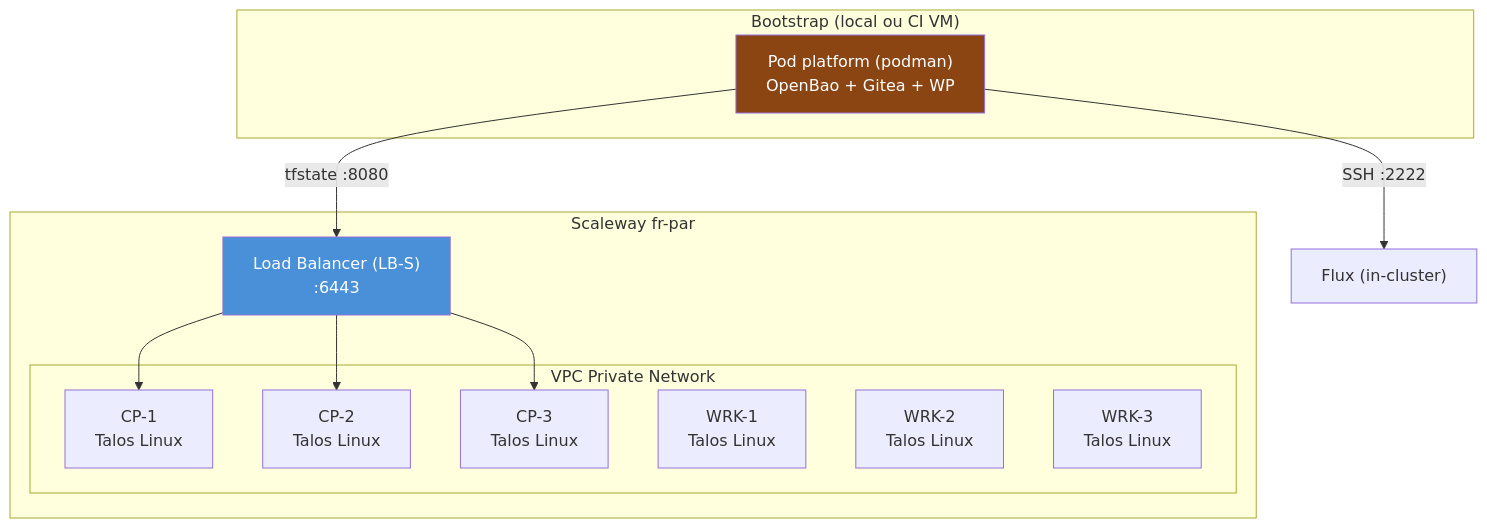
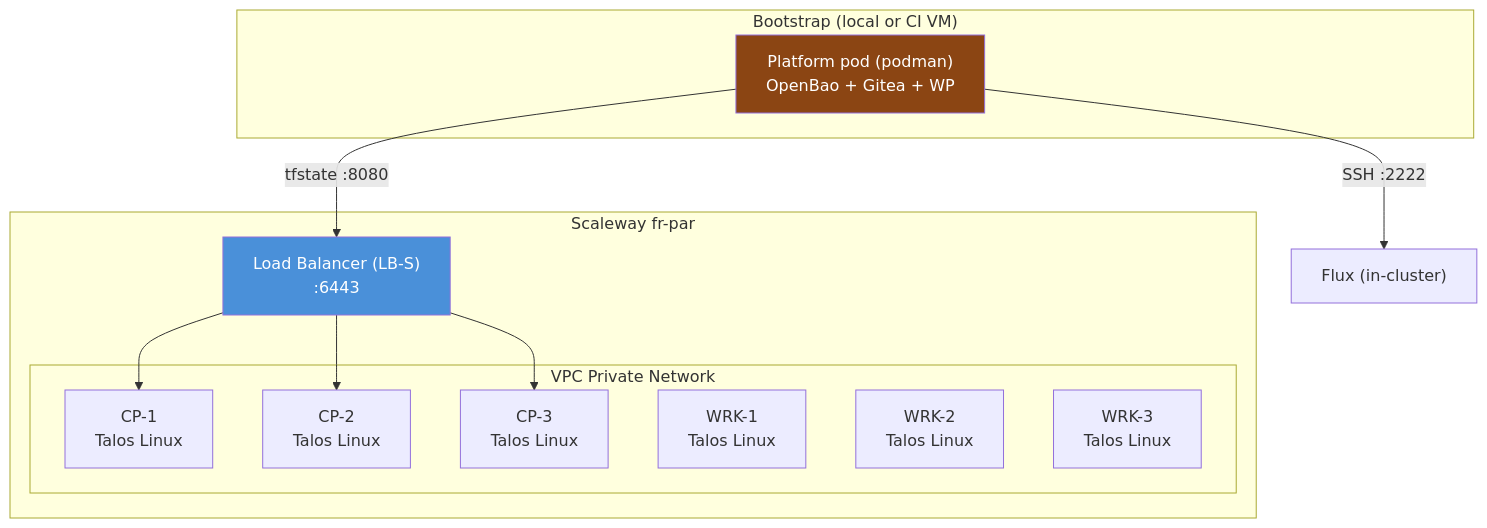
The seventh of 7 diagrams in docs/hld-talos-platform.md (Destynova2/st4ck), drawn with Mermaid before and after one commit. The commit also changed other lines of this file, not shown here.

````diff
--- a/docs/hld-talos-platform.md
+++ b/docs/hld-talos-platform.md
@@ -386,25 +385,25 @@
 ```mermaid
 graph TB
     subgraph "Scaleway fr-par"
         LB["Load Balancer (LB-S)<br/>:6443"]
         subgraph "VPC Private Network"
             CP1["CP-1<br/>Talos Linux"]
             CP2["CP-2<br/>Talos Linux"]
             CP3["CP-3<br/>Talos Linux"]
             WRK1["WRK-1<br/>Talos Linux"]
             WRK2["WRK-2<br/>Talos Linux"]
             WRK3["WRK-3<br/>Talos Linux"]
         end
     end
     LB --> CP1 & CP2 & CP3
 
-    subgraph "Bootstrap (local ou CI VM)"
-        POD["Pod platform (podman)<br/>OpenBao + Gitea + WP"]
+    subgraph "Bootstrap (local or CI VM)"
+        POD["Platform pod (podman)<br/>OpenBao + Gitea + WP"]
     end
 
     POD -->|"tfstate :8080"| LB
     POD -->|"SSH :2222"| FLUX_LINK["Flux (in-cluster)"]
 
     style LB fill:#4a90d9,color:#fff
     style POD fill:#8B4513,color:#fff
 ```
````
